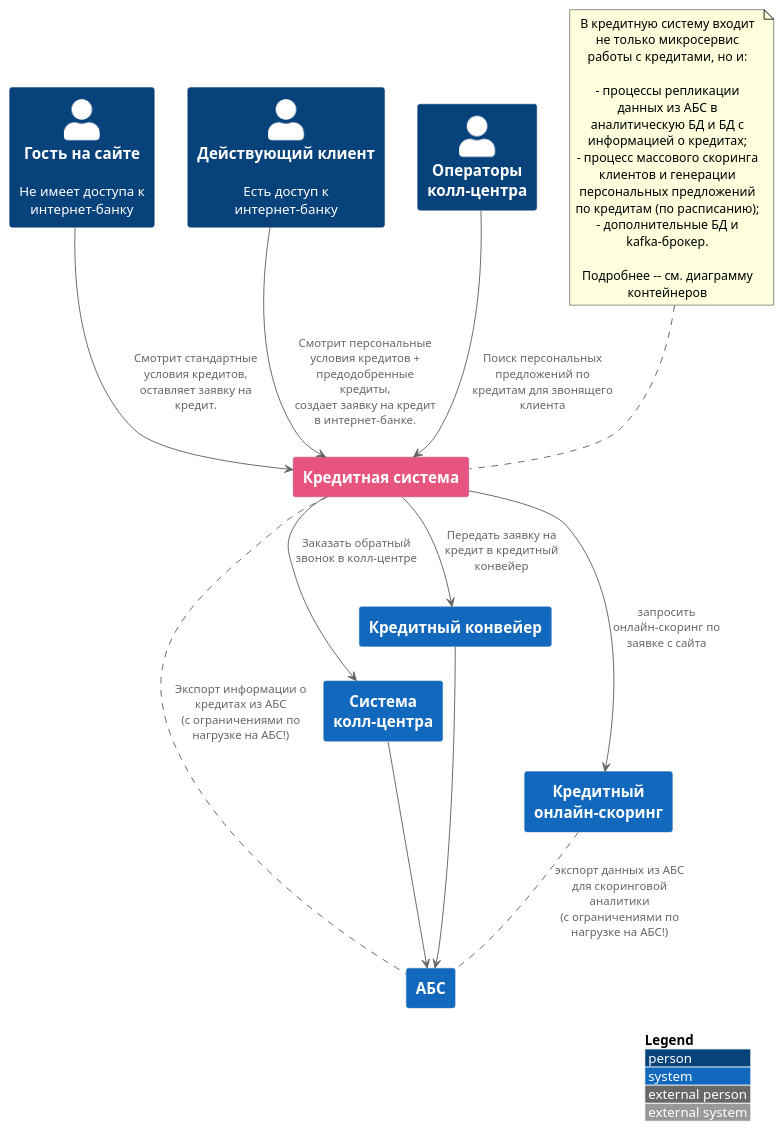
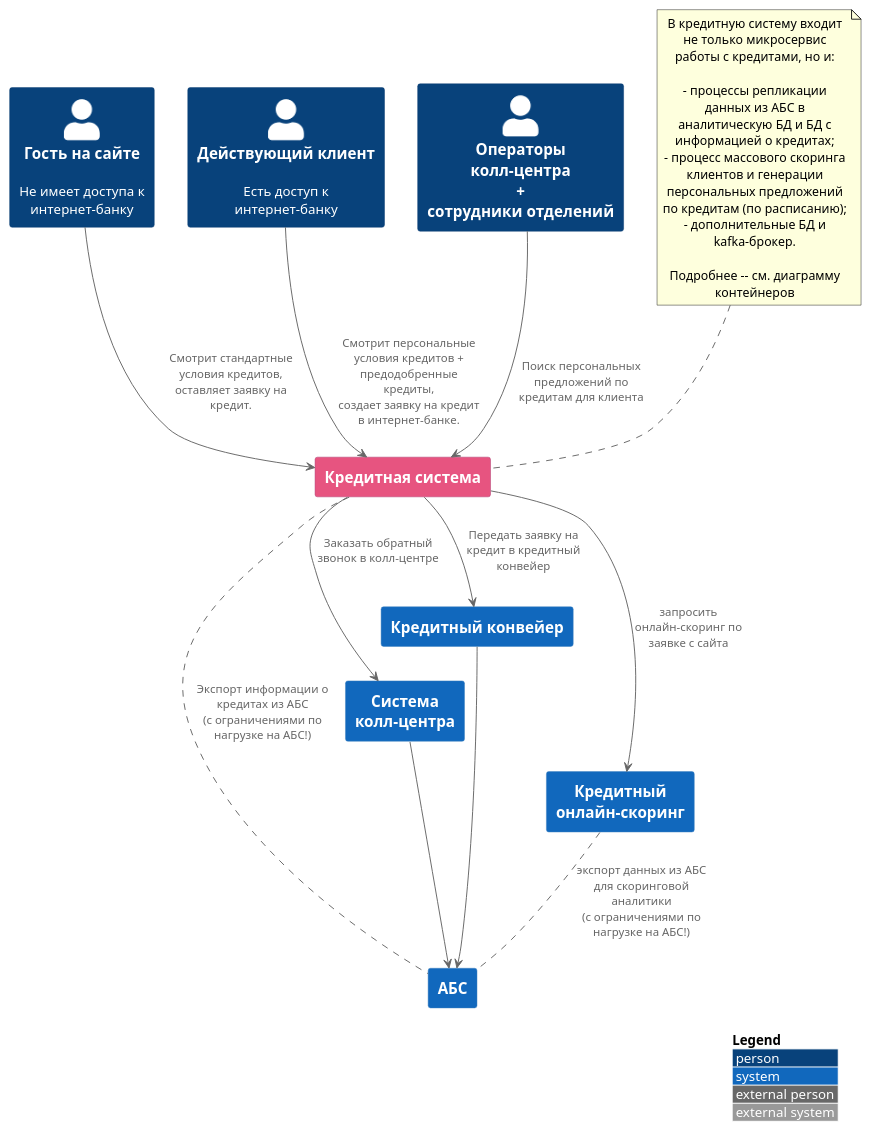
The diagram in Task5/context.puml (Felix-neko/architecture-pro-standart), drawn with PlantUML before and after one commit. The commit also changed 3 other files, not shown here.

Commit message:
Промежуточный коммит. Дорисовываем диаграммы контейнеров...

```diff
--- a/Task5/context.puml
+++ b/Task5/context.puml
@@ -1,55 +1,55 @@
 @startuml
 '!include ../../../../C4-PlantUML/C4_Context.puml
 !include https://raw.githubusercontent.com/plantuml-stdlib/C4-PlantUML/master/C4_Context.puml
 !pragma layout smetana true
 'top to bottom direction
 
 
 'LAYOUT_TOP_DOWN()
 'LAYOUT_AS_SKETCH()
 LAYOUT_WITH_LEGEND()
 
 
 AddElementTag("new-component", $bgColor="#e75480", $borderColor="#AA336A", $fontColor="white", $legendText="Новые компоненты")
 
 
 ' Пользователи
 Person(guest, "Гость на сайте", Не имеет доступа к интернет-банку)
 Person(client, "Действующий клиент", "Есть доступ к интернет-банку")
-Person(call_center_employee, "Операторы колл-центра")
+Person(call_center_employee, "Операторы колл-центра \n+\nсотрудники отделений")
 
 
 System(credit_system, "Кредитная система", $tags="new-component")
 guest --> credit_system: Смотрит стандартные условия кредитов,\nоставляет заявку на кредит.
 client --> credit_system: Смотрит персональные условия кредитов + предодобренные кредиты,\nсоздает заявку на кредит в интернет-банке.
-call_center_employee --> credit_system: Поиск персональных предложений по кредитам для звонящего клиента
+call_center_employee --> credit_system: Поиск персональных предложений по кредитам для клиента
 
 System(abs, "АБС")
 credit_system .. abs: Экспорт информации о кредитах из АБС\n(с ограничениями по нагрузке на АБС!)
 
 System(call_center_system, "Система\nколл-центра")
 credit_system --> call_center_system: Заказать обратный звонок в колл-центре
 
 System(credit_pipeline_system, "Кредитный конвейер")
 credit_system --> credit_pipeline_system: Передать заявку на кредит в кредитный конвейер
 
 System(online_scoring_system, "Кредитный онлайн-скоринг")
 credit_system --> online_scoring_system: запросить онлайн-скоринг по заявке с сайта
 online_scoring_system .. abs: экспорт данных из АБС для скоринговой аналитики\n(с ограничениями по нагрузке на АБС!)
 
 credit_pipeline_system ---> abs
 call_center_system --> abs
 
 note as credit_system_note
 В кредитную систему входит не только микросервис работы с кредитами, но и:
 
 - процессы репликации данных из АБС в аналитическую БД и БД с информацией о кредитах;
 - процесс массового скоринга клиентов и генерации персональных предложений по кредитам (по расписанию);
 - дополнительные БД и kafka-брокер.
 
 Подробнее -- см. диаграмму контейнеров
 end note
 
 credit_system_note .. credit_system
 
 @enduml
```
